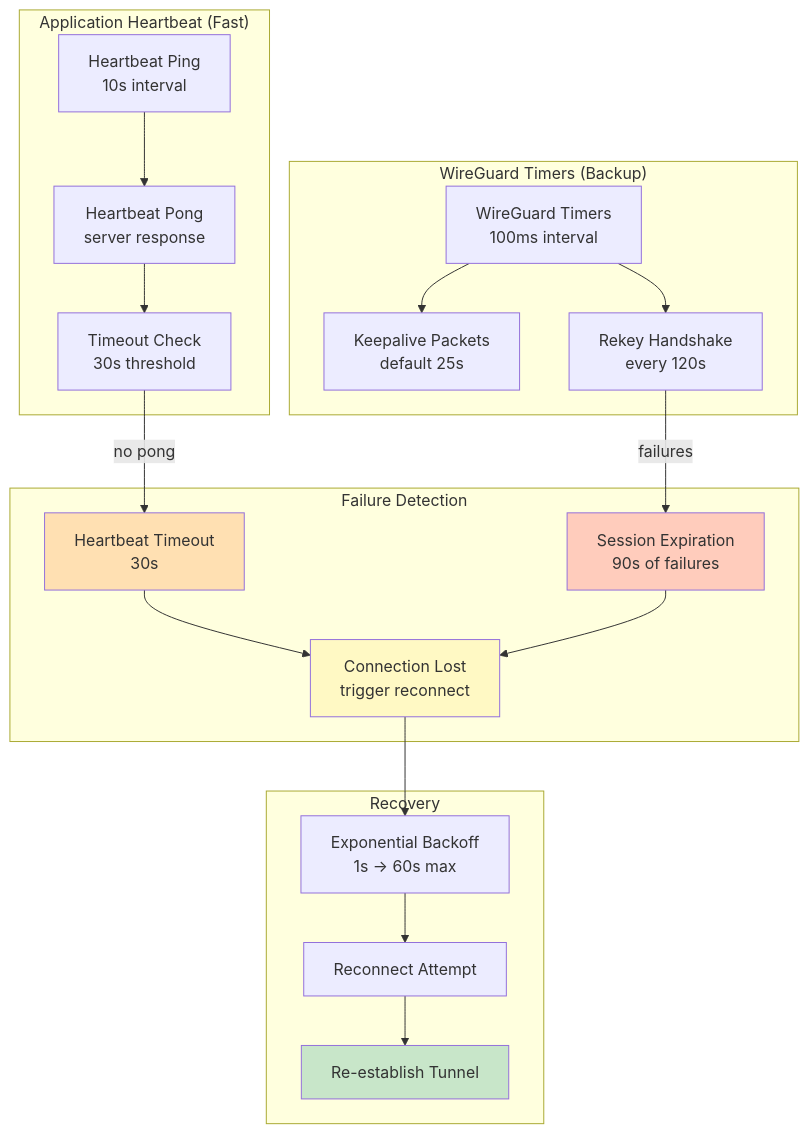
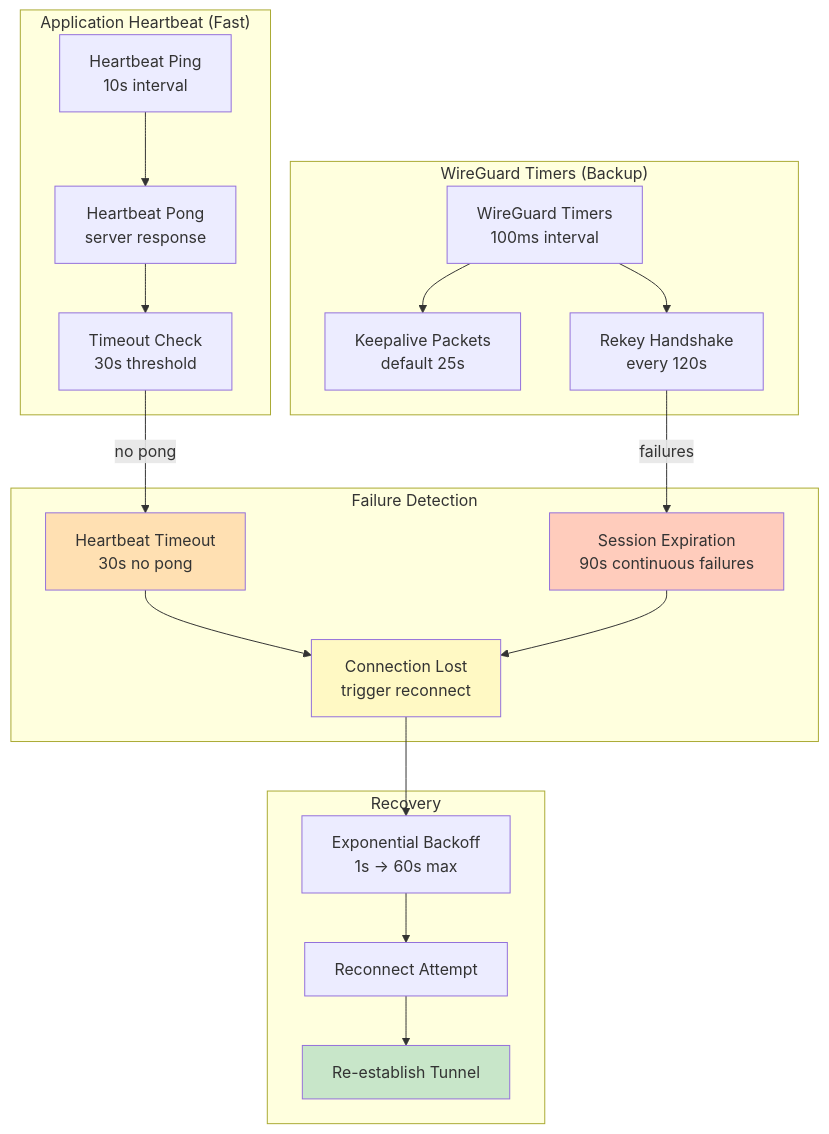
Before and after one commit to andrewtheguy/vpn-rs: diagram 16 of 43 in docs/ARCHITECTURE.md, drawn with Mermaid. The commit also changed other lines of this file and 3 other files, not shown here.

````diff
--- a/docs/ARCHITECTURE.md
+++ b/docs/ARCHITECTURE.md
@@ -657,44 +668,44 @@
 ```mermaid
 graph TB
     subgraph "Application Heartbeat (Fast)"
         H1[Heartbeat Ping<br/>10s interval]
         H2[Heartbeat Pong<br/>server response]
         H3[Timeout Check<br/>30s threshold]
     end
 
     subgraph "WireGuard Timers (Backup)"
         A[WireGuard Timers<br/>100ms interval]
         B[Keepalive Packets<br/>default 25s]
         C[Rekey Handshake<br/>every 120s]
     end
 
     subgraph "Failure Detection"
-        D[Heartbeat Timeout<br/>30s]
-        E[Session Expiration<br/>90s of failures]
+        D[Heartbeat Timeout<br/>30s no pong]
+        E[Session Expiration<br/>90s continuous failures]
         F[Connection Lost<br/>trigger reconnect]
     end
 
     subgraph "Recovery"
         G[Exponential Backoff<br/>1s → 60s max]
         HH[Reconnect Attempt]
         I[Re-establish Tunnel]
     end
 
     H1 --> H2
     H2 --> H3
     H3 -->|no pong| D
     D --> F
 
     A --> B
     A --> C
     C -->|failures| E
     E --> F
     F --> G
     G --> HH
     HH --> I
 
     style D fill:#FFE0B2
     style E fill:#FFCCBC
     style F fill:#FFF9C4
     style I fill:#C8E6C9
 ```
````
